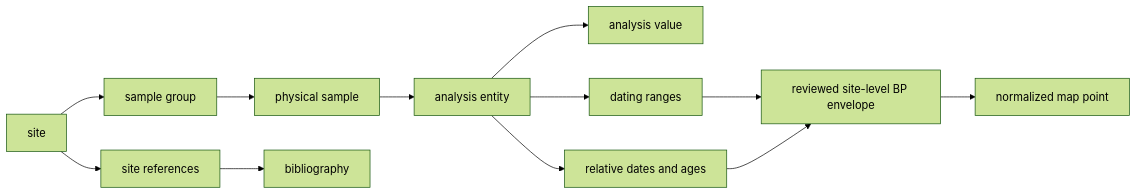
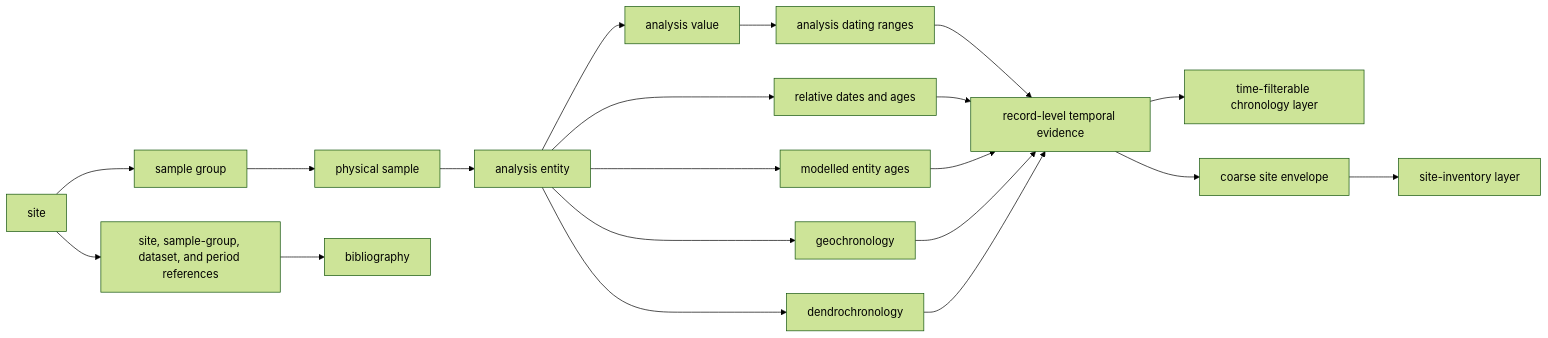
One commit to bijux/bijux-pollenomics changed the first of 3 diagrams in docs/public/pollenomics-data/sources/sead.md. Above: the diagram before and after it, drawn with Mermaid (forest theme). The commit also changed other lines of this file and 4 other files, not shown here.

Commit message:
docs(sead): teach chronology-first map navigation

````diff
--- a/docs/public/pollenomics-data/sources/sead.md
+++ b/docs/public/pollenomics-data/sources/sead.md
@@ -59,14 +61,22 @@
 ```mermaid
 flowchart LR
     Site["site"] --> Group["sample group"]
     Group --> Sample["physical sample"]
     Sample --> Entity["analysis entity"]
     Entity --> Value["analysis value"]
-    Entity --> Dating["dating ranges"]
+    Value --> Dating["analysis dating ranges"]
     Entity --> Relative["relative dates and ages"]
-    Site --> Reference["site references"]
+    Entity --> Model["modelled entity ages"]
+    Entity --> Geochron["geochronology"]
+    Entity --> Dendro["dendrochronology"]
+    Site --> Reference["site, sample-group, dataset, and period references"]
     Reference --> Bibliography["bibliography"]
-    Dating --> Envelope["reviewed site-level BP envelope"]
-    Relative --> Envelope
-    Envelope --> Point["normalized map point"]
+    Dating --> Evidence["record-level temporal evidence"]
+    Relative --> Evidence
+    Model --> Evidence
+    Geochron --> Evidence
+    Dendro --> Evidence
+    Evidence --> Timeline["time-filterable chronology layer"]
+    Evidence --> Envelope["coarse site envelope"]
+    Envelope --> Point["site-inventory layer"]
 ```
````
